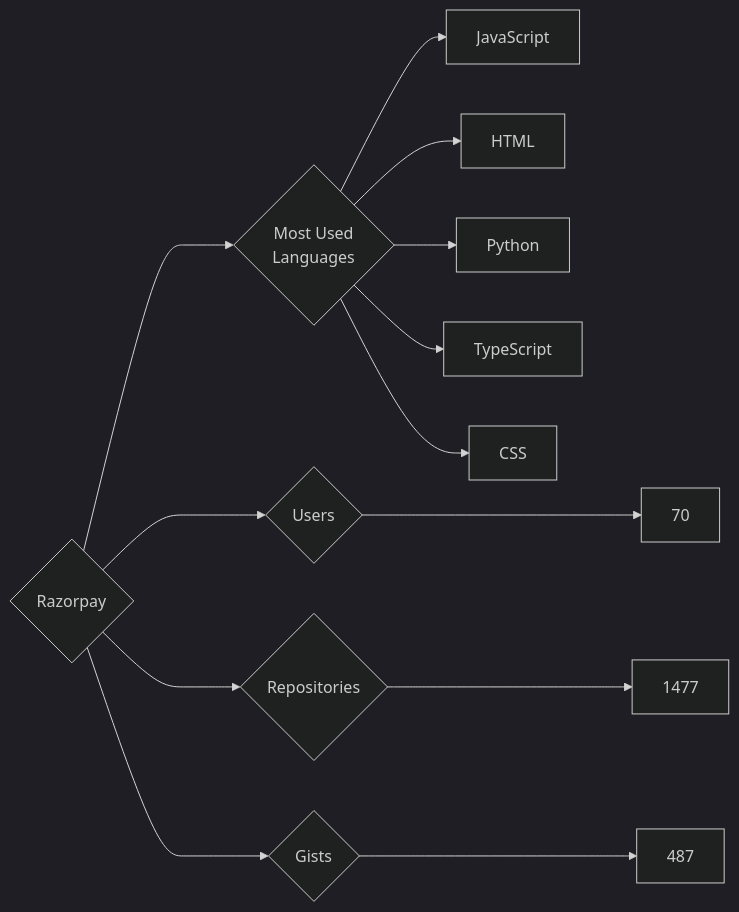
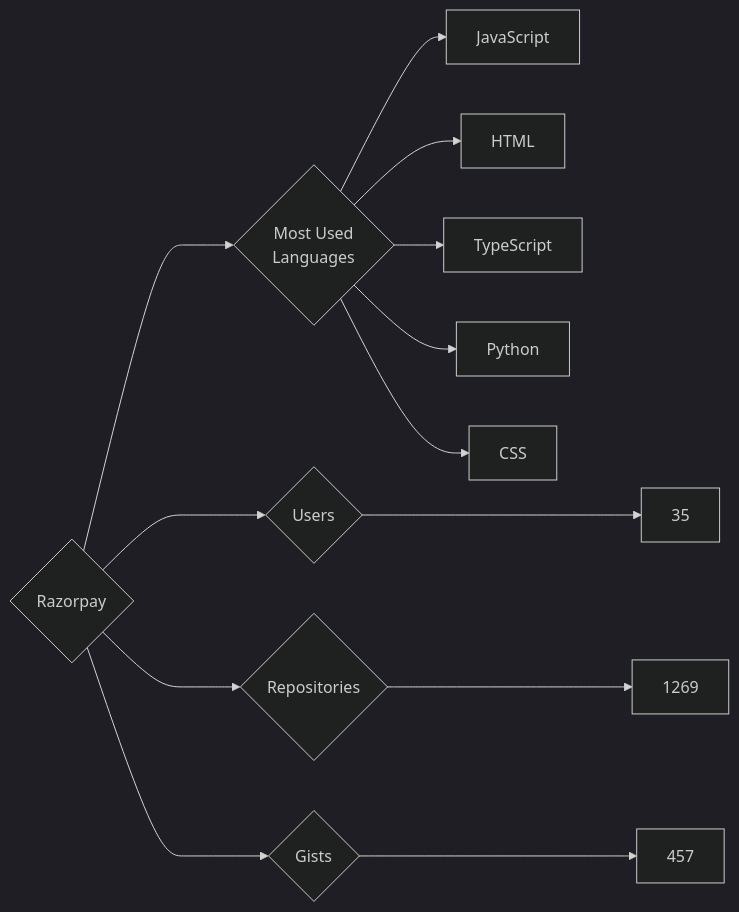
Before and after one commit to trickest/insiders: the diagram in targets/Razorpay/README.md, drawn with Mermaid (dark theme). The commit also changed 444 other files, not shown here.

````diff
--- a/targets/Razorpay/README.md
+++ b/targets/Razorpay/README.md
@@ -3,13 +3,13 @@
 ```mermaid
 graph LR
 COMPANY_NAME{Razorpay}
-COMPANY_NAME ---> U{Users} ---> UN[70]
-COMPANY_NAME ---> R{Repositories} ---> RN[1477]
-COMPANY_NAME ---> G{Gists} ---> GN[487]
+COMPANY_NAME ---> U{Users} ---> UN[35]
+COMPANY_NAME ---> R{Repositories} ---> RN[1269]
+COMPANY_NAME ---> G{Gists} ---> GN[457]
 COMPANY_NAME ---> ML{Most Used<br>Languages}
 ML --> JavaScript[JavaScript]
 ML --> HTML[HTML]
+ML --> TypeScript[TypeScript]
 ML --> Python[Python]
-ML --> TypeScript[TypeScript]
 ML --> CSS[CSS]
 ```
````
